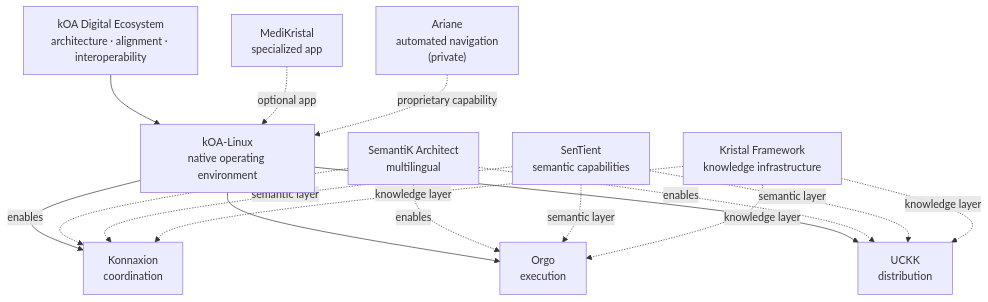
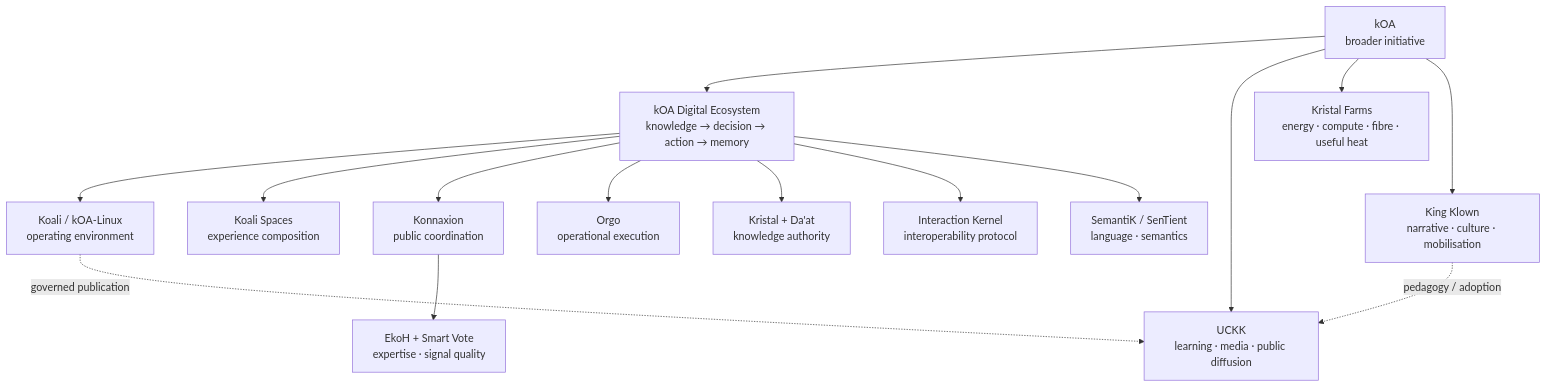
Before and after one commit to Rejean-McCormick/Rejean-McCormick: the diagram in README.md, drawn with Mermaid. The commit also changed other lines of this file and 29 other files, not shown here.

````diff
--- a/README.md
+++ b/README.md
@@ -26,35 +33,26 @@
 ```mermaid
-flowchart TB
-    ECO["kOA Digital Ecosystem<br/>architecture · alignment · interoperability"]
-    OS["kOA-Linux<br/>native operating environment"]
+flowchart TD
+    KOA["kOA<br/>broader initiative"]
+    DE["kOA Digital Ecosystem<br/>knowledge → decision → action → memory"]
+    UCKK["UCKK<br/>learning · media · public diffusion"]
+    KF["Kristal Farms<br/>energy · compute · fibre · useful heat"]
+    KK["King Klown<br/>narrative · culture · mobilisation"]
 
-    K["Konnaxion<br/>coordination"]
-    O["Orgo<br/>execution"]
-    U["UCKK<br/>distribution"]
+    KOA --> DE
+    KOA --> UCKK
+    KOA --> KF
+    KOA --> KK
 
-    S["SemantiK Architect<br/>multilingual"]
-    T["SenTient<br/>semantic capabilities"]
-    KR["Kristal Framework<br/>knowledge infrastructure"]
-    MK["MediKristal<br/>specialized app"]
-    A["Ariane<br/>automated navigation<br/>(private)"]
+    DE --> KOALI["Koali / kOA-Linux<br/>operating environment"]
+    DE --> SPACES["Koali Spaces<br/>experience composition"]
+    DE --> KONN["Konnaxion<br/>public coordination"]
+    DE --> ORGO["Orgo<br/>operational execution"]
+    DE --> KR["Kristal + Da'at<br/>knowledge authority"]
+    DE --> IK["Interaction Kernel<br/>interoperability protocol"]
 
-    ECO --> OS
-    OS --> K
-    OS --> O
-    OS --> U
+    KONN --> EKOH["EkoH + Smart Vote<br/>expertise · signal quality"]
+    DE --> SEM["SemantiK / SenTient<br/>language · semantics"]
 
-    S -. enables .-> K
-    S -. enables .-> O
-    S -. enables .-> U
-
-    T -. semantic layer .-> K
-    T -. semantic layer .-> O
-    T -. semantic layer .-> U
-
-    KR -. knowledge layer .-> K
-    KR -. knowledge layer .-> O
-    KR -. knowledge layer .-> U
-
-    MK -. optional app .-> OS
-    A -. proprietary capability .-> OS
+    KOALI -. governed publication .-> UCKK
+    KK -. pedagogy / adoption .-> UCKK
 ```
````
